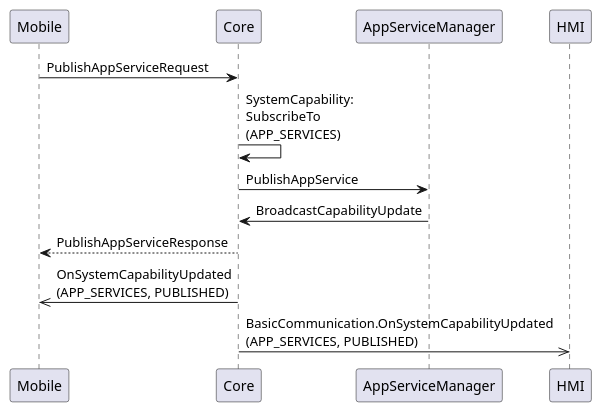
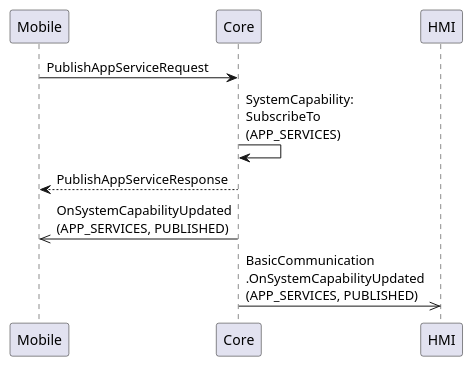
Before and after one commit to smartdevicelink/sdl_hmi_integration_guidelines: the diagram in docs/BasicCommunication/OnSystemCapabilityUpdated/assets/OnSystemCapabilityUpdated_PUBLISHED.puml, drawn with PlantUML. The commit also changed 16 other files, not shown here.

```diff
--- a/docs/BasicCommunication/OnSystemCapabilityUpdated/assets/OnSystemCapabilityUpdated_PUBLISHED.puml
+++ b/docs/BasicCommunication/OnSystemCapabilityUpdated/assets/OnSystemCapabilityUpdated_PUBLISHED.puml
@@ -1,15 +1,12 @@
 @startuml OnSystemCapabilityUpdated_PUBLISHED
 participant Mobile
 participant Core
-participant AppServiceManager
 participant HMI
 
 Mobile -> Core : PublishAppServiceRequest
 Core -> Core : SystemCapability:\nSubscribeTo\n(APP_SERVICES)
-Core -> AppServiceManager : PublishAppService
-AppServiceManager -> Core :BroadcastCapabilityUpdate
 Core --> Mobile : PublishAppServiceResponse
 Core ->> Mobile : OnSystemCapabilityUpdated\n(APP_SERVICES, PUBLISHED)
-Core ->> HMI : BasicCommunication.OnSystemCapabilityUpdated\n(APP_SERVICES, PUBLISHED)
+Core ->> HMI : BasicCommunication\n.OnSystemCapabilityUpdated\n(APP_SERVICES, PUBLISHED)
 
 @enduml
```
